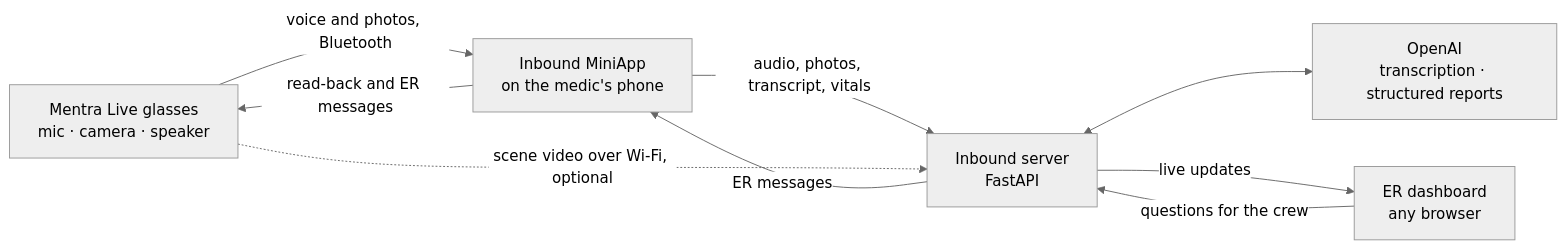
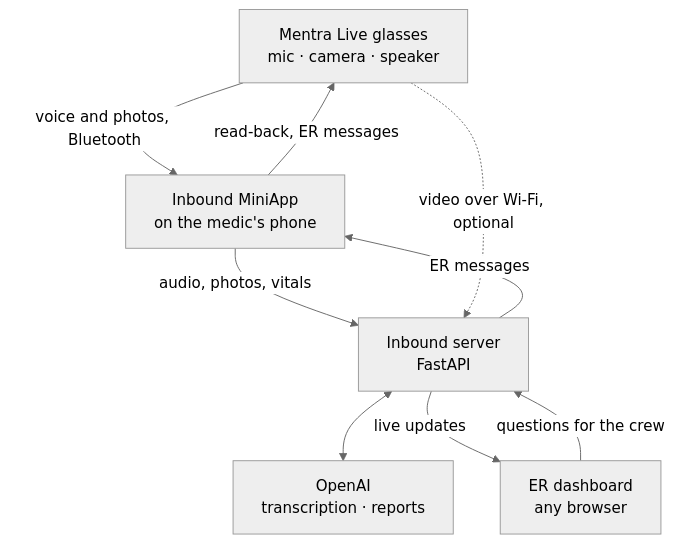
Before and after one commit to dyauskonai/Inbound: the first of 2 diagrams in README.md, drawn with Mermaid (neutral theme).

Commit message:
Draw the architecture diagram top to bottom so GitHub shows it full size

````diff
--- a/README.md
+++ b/README.md
@@ -62,17 +62,17 @@
 ```mermaid
-flowchart LR
+flowchart TB
     glasses["Mentra Live glasses<br/>mic · camera · speaker"]
     phone["Inbound MiniApp<br/>on the medic's phone"]
     server["Inbound server<br/>FastAPI"]
-    openai["OpenAI<br/>transcription · structured reports"]
+    openai["OpenAI<br/>transcription · reports"]
     dashboard["ER dashboard<br/>any browser"]
 
     glasses -->|"voice and photos, Bluetooth"| phone
-    phone -->|"read-back and ER messages"| glasses
-    phone -->|"audio, photos, transcript, vitals"| server
+    phone -->|"read-back, ER messages"| glasses
+    phone -->|"audio, photos, vitals"| server
+    server -->|"ER messages"| phone
     server <--> openai
     server -->|"live updates"| dashboard
     dashboard -->|"questions for the crew"| server
-    server -->|"ER messages"| phone
-    glasses -.->|"scene video over Wi-Fi, optional"| server
+    glasses -.->|"video over Wi-Fi, optional"| server
 ```
````
